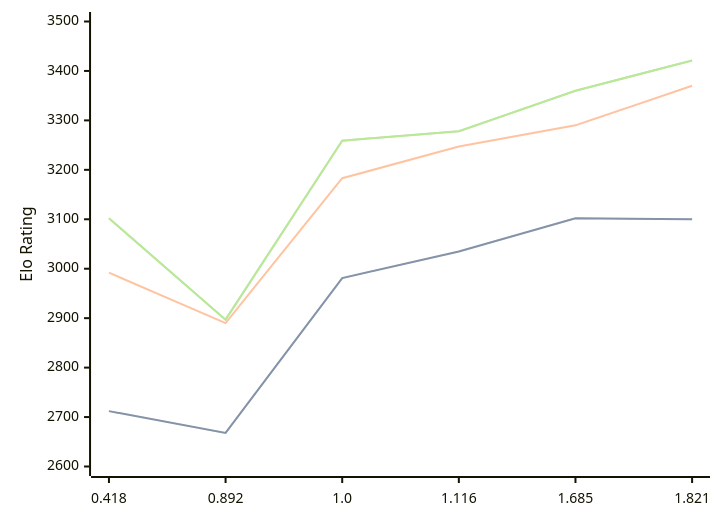
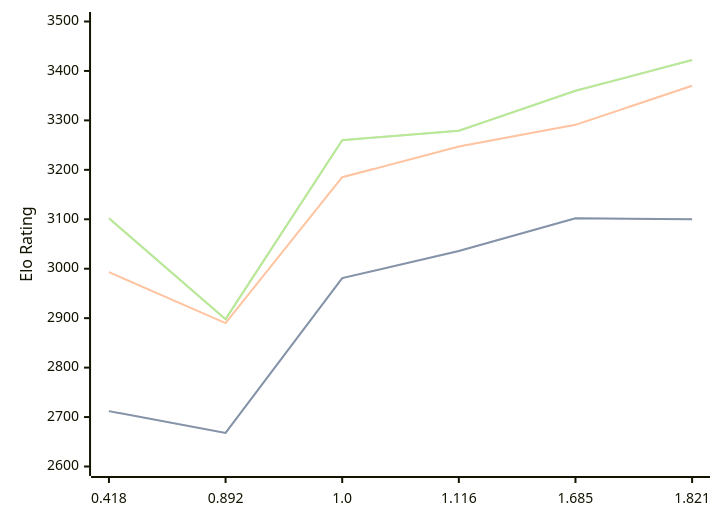
The diagram in engines/Malika.md (computer-chess-index/cci), drawn with Mermaid before and after one commit. The commit also changed other lines of this file, not shown here.

Commit message:
Update CCI Ratings (ELO VLTC) - 2026-09-08

````diff
--- a/engines/Malika.md
+++ b/engines/Malika.md
@@ -36,11 +36,11 @@
 ```mermaid
 %%{init: {"theme":"base","themeVariables":{"seriesColors:['#a3a3a3','#222221','#faa371']}}}%%
 xychart-beta
   x-axis ["0.418", "0.892", "1.0", "1.116", "1.685", "1.821"]
   y-axis "Elo Rating" 2600 --> 3500
-  line "" [2712, 2668, 2981, 3035, 3102, 3100]
-  line "STC (8.0+0.08s)" [2712, 2668, 2981, 3035, 3102, 3100]
-  line "LTC (60.0+0.60s)" [2992, 2890, 3183, 3247, 3290, 3370]
-  line "" [3102, 2897, 3259, 3278, 3360, 3421]
-  line "VLTC (2m24s+1.12s)" [3102, 2897, 3259, 3278, 3360, 3421]
+  line "" [2712, 2668, 2981, 3036, 3102, 3100]
+  line "STC (8.0+0.08s)" [2712, 2668, 2981, 3036, 3102, 3100]
+  line "LTC (60.0+0.60s)" [2993, 2890, 3185, 3247, 3291, 3370]
+  line "" [3102, 2898, 3260, 3279, 3360, 3422]
+  line "VLTC (2m24s+1.12s)" [3102, 2898, 3260, 3279, 3360, 3422]
 ```
````
